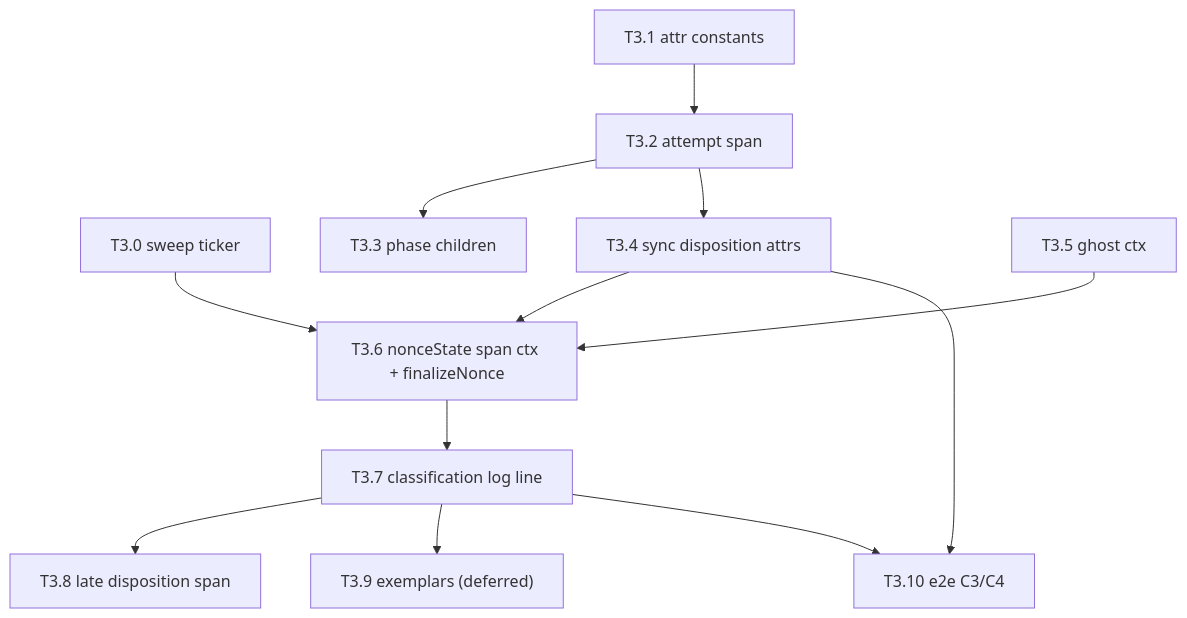
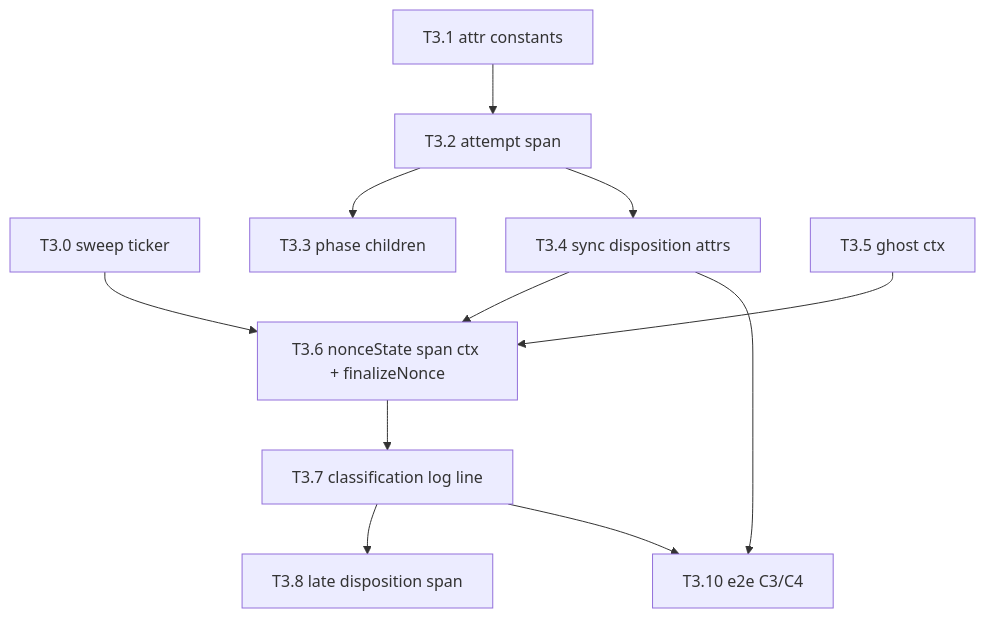
One commit to gonka-ai/gonka changed the diagram in devshard/testenv/docs/observability-t3-implementation-plan.md. Above: the diagram before and after it, drawn with Mermaid. The commit also changed other lines of this file and 6 other files, not shown here.

````diff
--- a/devshard/testenv/docs/observability-t3-implementation-plan.md
+++ b/devshard/testenv/docs/observability-t3-implementation-plan.md
@@ -59,14 +58,13 @@
 ```mermaid
 flowchart TD
   T30["T3.0 sweep ticker"] --> T36
   T31["T3.1 attr constants"] --> T32["T3.2 attempt span"]
   T32 --> T33["T3.3 phase children"]
   T32 --> T34["T3.4 sync disposition attrs"]
   T34 --> T36["T3.6 nonceState span ctx + finalizeNonce"]
   T35["T3.5 ghost ctx"] --> T36
   T36 --> T37["T3.7 classification log line"]
   T37 --> T38["T3.8 late disposition span"]
-  T37 --> T39["T3.9 exemplars (deferred)"]
   T34 --> T310["T3.10 e2e C3/C4"]
   T37 --> T310
 ```
````
